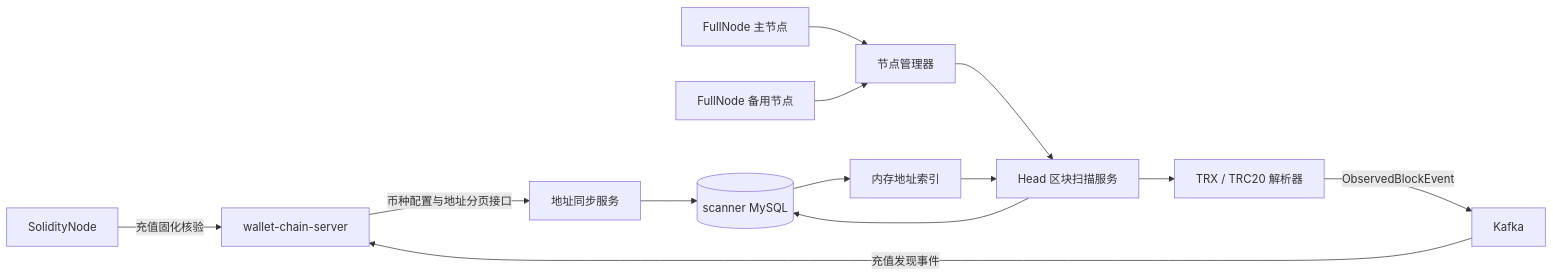
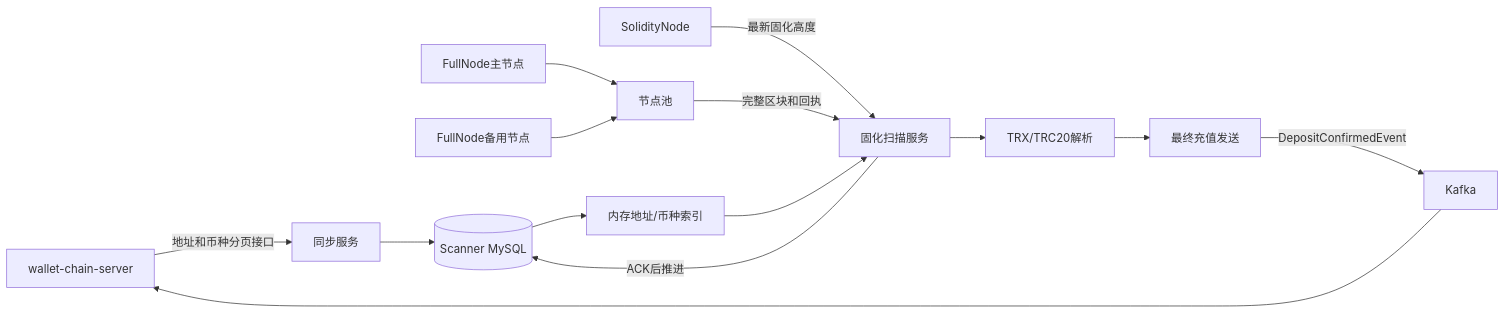
One commit to Jerry-bot2/wallet-tron-scanner changed the diagram in docs/TRON扫描器详细设计.md. Above: the diagram before and after it, drawn with Mermaid. The commit also changed other lines of this file and 13 other files, not shown here.

Commit message:
docs: 完善TRON固化扫描故障验收与流程图解

````diff
--- a/docs/TRON扫描器详细设计.md
+++ b/docs/TRON扫描器详细设计.md
@@ -54,16 +51,17 @@
 ```mermaid
 flowchart LR
-    CS[wallet-chain-server] -->|币种配置与地址分页接口| SYNC[地址同步服务]
-    SYNC --> SDB[(scanner MySQL)]
-    SDB --> SNAPSHOT[内存地址索引]
+    CS[wallet-chain-server] -->|地址和币种分页接口| SYNC[同步服务]
+    SYNC --> DB[(Scanner MySQL)]
+    DB --> INDEX[内存地址/币种索引]
 
-    NODE1[FullNode 主节点] --> NP[节点管理器]
-    NODE2[FullNode 备用节点] --> NP
-    SOLID[SolidityNode] -->|充值固化核验| CS
-    NP --> SCAN[Head 区块扫描服务]
-    SNAPSHOT --> SCAN
-    SCAN --> PARSER[TRX / TRC20 解析器]
-    PARSER -->|ObservedBlockEvent| KAFKA[Kafka]
-    KAFKA -->|充值发现事件| CS
-    SCAN --> SDB
+    SOLID[SolidityNode] -->|最新固化高度| SCAN[固化扫描服务]
+    FULL1[FullNode主节点] --> POOL[节点池]
+    FULL2[FullNode备用节点] --> POOL
+    POOL -->|完整区块和回执| SCAN
+    INDEX --> SCAN
+    SCAN --> PARSER[TRX/TRC20解析]
+    PARSER --> PUB[最终充值发送]
+    PUB -->|DepositConfirmedEvent| KAFKA[Kafka]
+    KAFKA --> CS
+    SCAN -->|ACK后推进| DB
 ```
````
